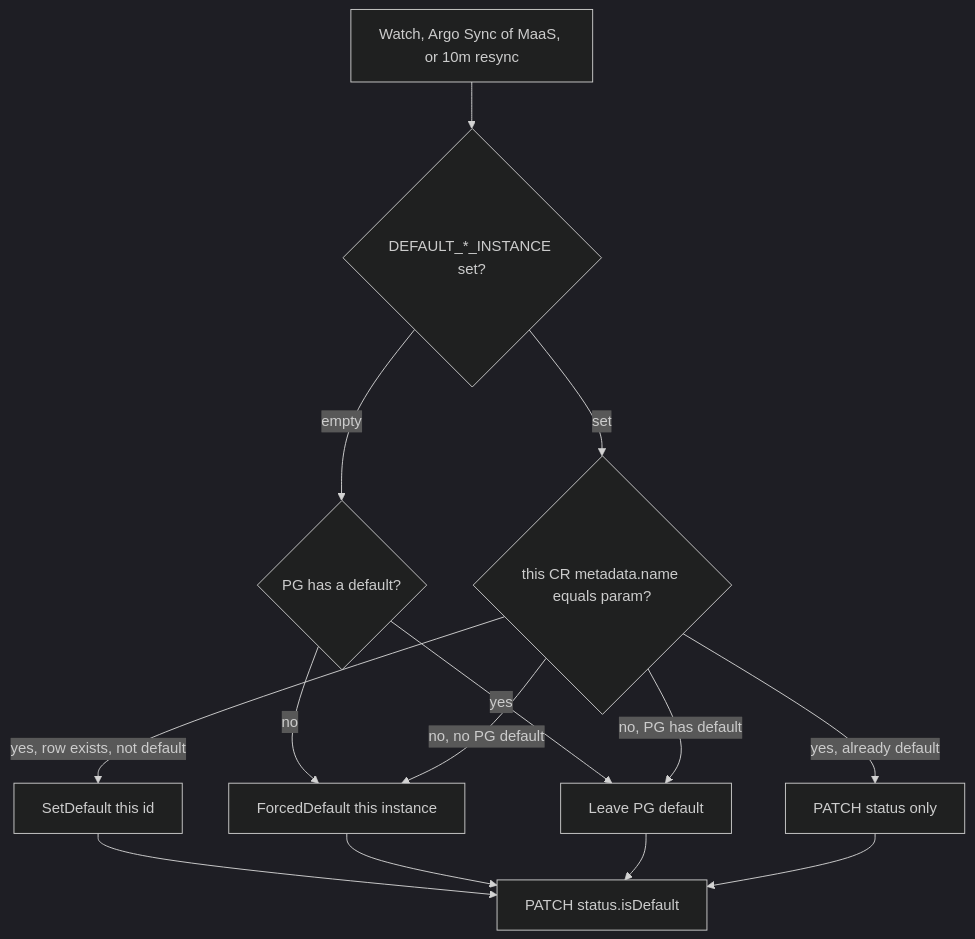
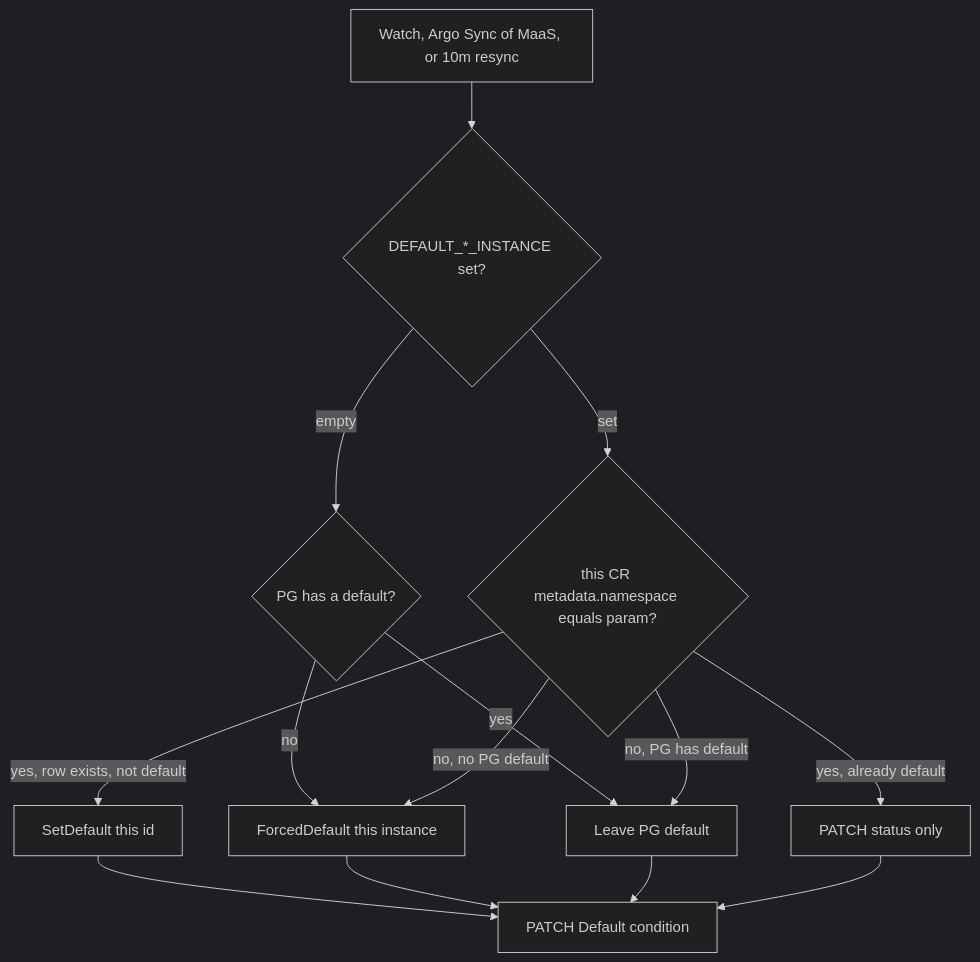
Before and after one commit to Netcracker/qubership-maas: the seventh of 13 diagrams in docs/operator_design.md, drawn with Mermaid (dark theme). The commit also changed other lines of this file and 9 other files, not shown here.

````diff
--- a/docs/operator_design.md
+++ b/docs/operator_design.md
@@ -1095,17 +1089,17 @@
 ```mermaid
 flowchart TD
   ev[Watch, Argo Sync of MaaS, or 10m resync]
   ev --> param{"DEFAULT_*_INSTANCE set?"}
   param -->|empty| empty{"PG has a default?"}
   empty -->|no| force["ForcedDefault this instance"]
   empty -->|yes| keep["Leave PG default"]
-  param -->|set| match{"this CR metadata.name equals param?"}
+  param -->|set| match{"this CR metadata.namespace equals param?"}
   match -->|yes, row exists, not default| set["SetDefault this id"]
   match -->|yes, already default| patchOnly["PATCH status only"]
   match -->|no, no PG default| force
   match -->|no, PG has default| keep
-  set --> patch["PATCH status.isDefault"]
+  set --> patch["PATCH Default condition"]
   force --> patch
   keep --> patch
   patchOnly --> patch
 ```
````
